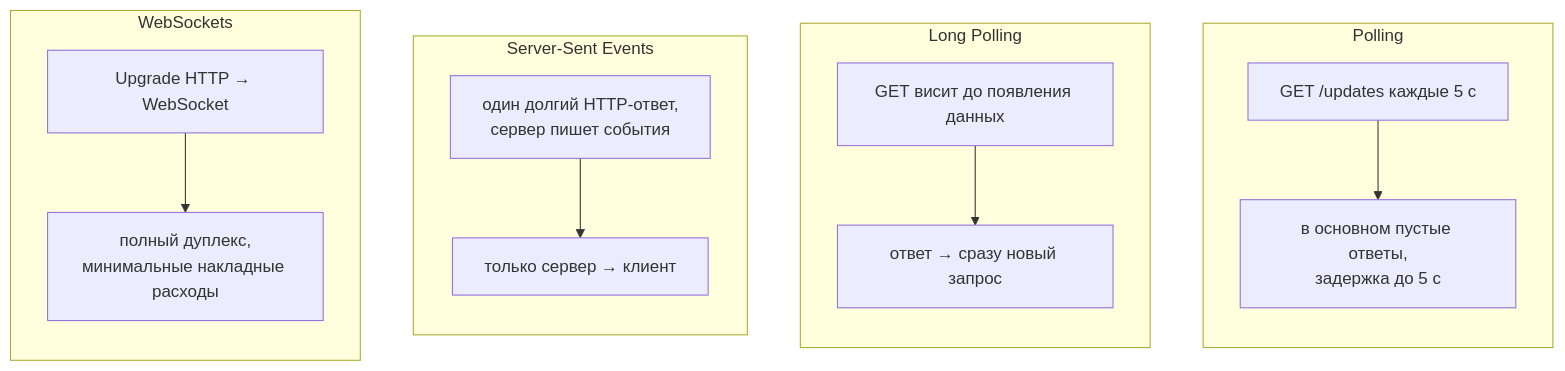
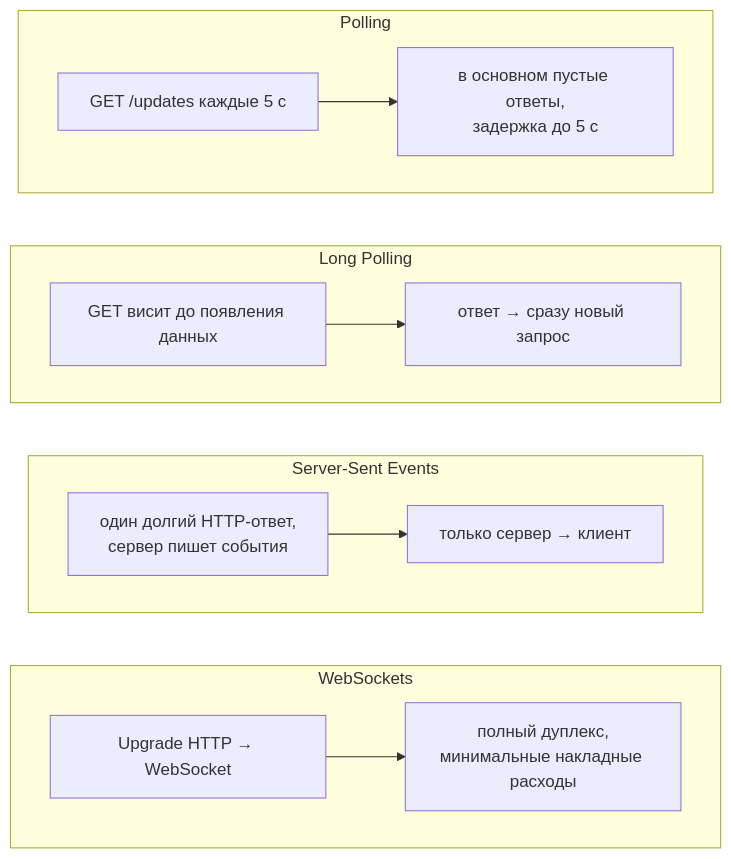
One commit to sh-sharifjonov/DotnetQuestionsForMiddle changed the first of 3 diagrams in content/02-aspnet-core/14-signalr.md. Above: the diagram before and after it, drawn with Mermaid. The commit also changed 51 other files, not shown here.

First line of the commit message:
Improve diagram layouts, warn about over-wide diagrams

````diff
--- a/content/02-aspnet-core/14-signalr.md
+++ b/content/02-aspnet-core/14-signalr.md
@@ -19,19 +19,19 @@
 ```mermaid Способы получать обновления от сервера
-flowchart TB
+flowchart LR
+    subgraph WS["WebSockets"]
+        direction LR
+        W1["Upgrade HTTP → WebSocket"] --> W2["полный дуплекс,<br/>минимальные накладные расходы"]:::good
+    end
+    subgraph SSE["Server-Sent Events"]
+        direction LR
+        S1["один долгий HTTP-ответ,<br/>сервер пишет события"] --> S2["только сервер → клиент"]
+    end
+    subgraph LP["Long Polling"]
+        direction LR
+        L1["GET висит до появления данных"] --> L2["ответ → сразу новый запрос"]
+    end
     subgraph P["Polling"]
-        direction TB
+        direction LR
         P1["GET /updates каждые 5 с"] --> P2["в основном пустые ответы,<br/>задержка до 5 с"]:::warn
     end
-    subgraph LP["Long Polling"]
-        direction TB
-        L1["GET висит до появления данных"] --> L2["ответ → сразу новый запрос"]
-    end
-    subgraph SSE["Server-Sent Events"]
-        direction TB
-        S1["один долгий HTTP-ответ,<br/>сервер пишет события"] --> S2["только сервер → клиент"]
-    end
-    subgraph WS["WebSockets"]
-        direction TB
-        W1["Upgrade HTTP → WebSocket"] --> W2["полный дуплекс,<br/>минимальные накладные расходы"]:::good
-    end
 ```
````
